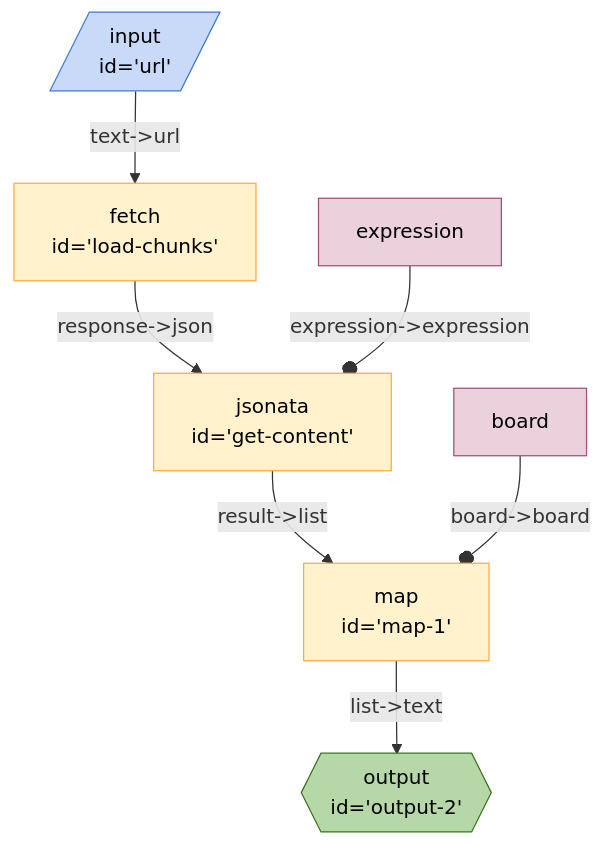
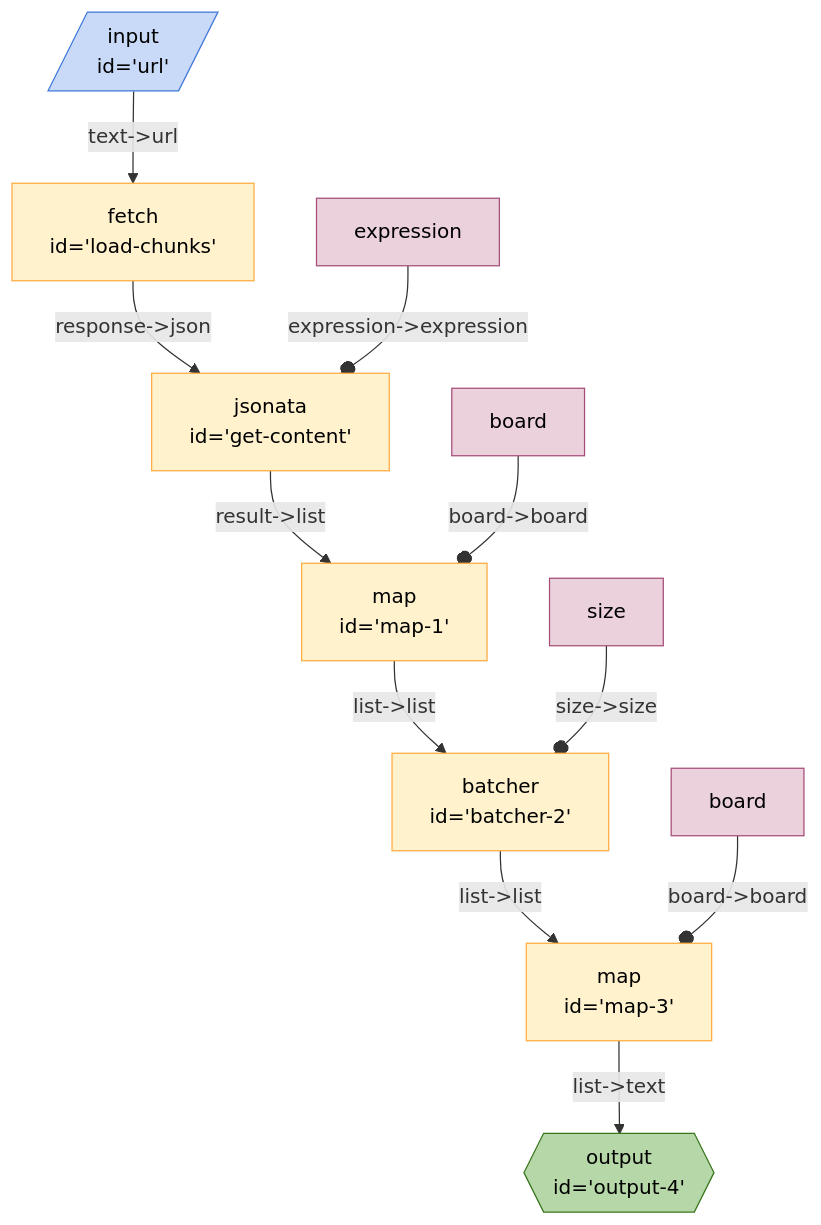
Before and after one commit to breadboard-ai/breadboard: the diagram in seeds/graph-playground/docs/graphs/pinecone-load.md, drawn with Mermaid. The commit also changed 5 other files, not shown here.

````diff
--- a/seeds/graph-playground/docs/graphs/pinecone-load.md
+++ b/seeds/graph-playground/docs/graphs/pinecone-load.md
@@ -5,18 +5,22 @@
   ```mermaid
   %%{init: 'themeVariables': { 'fontFamily': 'Fira Code, monospace' }}%%
 graph TD;
-map1["map <br> id='map-1'"] -- "list->text" --> output2{{"output <br> id='output-2'"}}:::output
+map3["map <br> id='map-3'"] -- "list->text" --> output4{{"output <br> id='output-4'"}}:::output
+batcher2["batcher <br> id='batcher-2'"] -- "list->list" --> map3["map <br> id='map-3'"]
+map1["map <br> id='map-1'"] -- "list->list" --> batcher2["batcher <br> id='batcher-2'"]
 getcontent["jsonata <br> id='get-content'"] -- "result->list" --> map1["map <br> id='map-1'"]
 loadchunks["fetch <br> id='load-chunks'"] -- "response->json" --> getcontent["jsonata <br> id='get-content'"]
 url[/"input <br> id='url'"/]:::input -- "text->url" --> loadchunks["fetch <br> id='load-chunks'"]
 expressiongetcontent[expression]:::config -- "expression->expression" --o getcontent
 boardmap1[board]:::config -- "board->board" --o map1
+sizebatcher2[size]:::config -- "size->size" --o batcher2
+boardmap3[board]:::config -- "board->board" --o map3
 classDef default stroke:#ffab40,fill:#fff2ccff,color:#000
 classDef input stroke:#3c78d8,fill:#c9daf8ff,color:#000
 classDef output stroke:#38761d,fill:#b6d7a8ff,color:#000
 classDef passthrough stroke:#a64d79,fill:#ead1dcff,color:#000
 classDef slot stroke:#a64d79,fill:#ead1dcff,color:#000
 classDef config stroke:#a64d79,fill:#ead1dcff,color:#000
 classDef secrets stroke:#db4437,fill:#f4cccc,color:#000
 classDef slotted stroke:#a64d79
   ```
````
